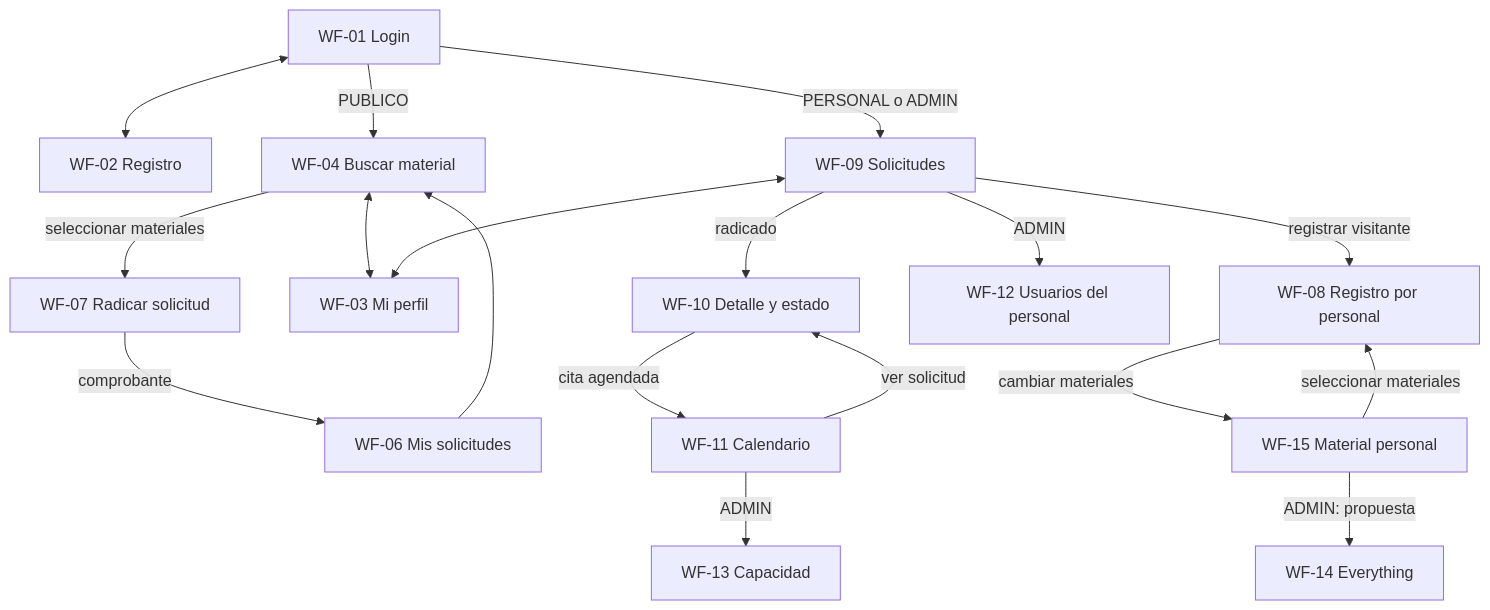
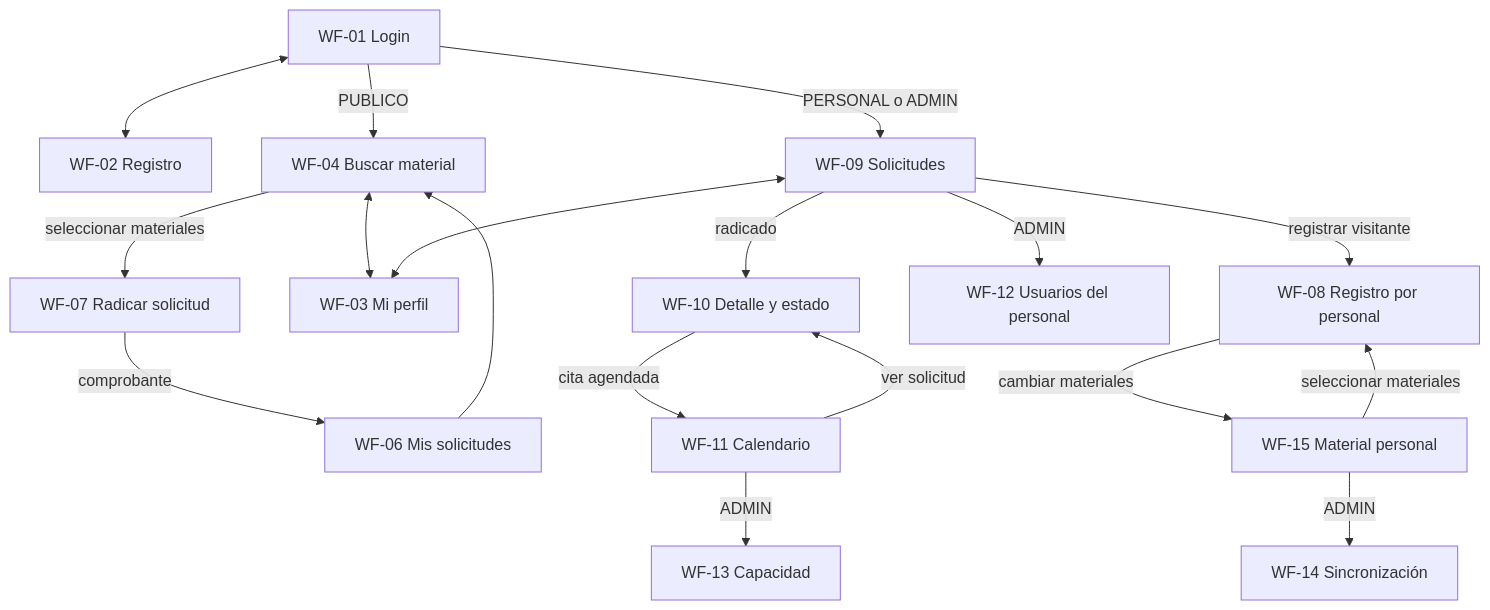
The diagram in docs/pantallas.md (bryanmg20/Trackhive), drawn with Mermaid before and after one commit. The commit also changed other lines of this file and 13 other files, not shown here.

````diff
--- a/docs/pantallas.md
+++ b/docs/pantallas.md
@@ -119,20 +119,20 @@
 ```mermaid
 flowchart TD
   Login[WF-01 Login] <--> Registro[WF-02 Registro]
   Login -->|PUBLICO| Busqueda[WF-04 Buscar material]
   Login -->|PERSONAL o ADMIN| Bandeja[WF-09 Solicitudes]
   Busqueda -->|seleccionar materiales| Radicar[WF-07 Radicar solicitud]
   Radicar -->|comprobante| Mis[WF-06 Mis solicitudes]
   Mis --> Busqueda
   Busqueda <--> Perfil[WF-03 Mi perfil]
   Bandeja <--> Perfil
   Bandeja -->|radicado| Detalle[WF-10 Detalle y estado]
   Detalle -->|cita agendada| Calendario[WF-11 Calendario]
   Calendario -->|ver solicitud| Detalle
   Bandeja -->|registrar visitante| Mostrador[WF-08 Registro por personal]
   Material[WF-15 Material personal] -->|seleccionar materiales| Mostrador
   Mostrador -->|cambiar materiales| Material
   Bandeja -->|ADMIN| Usuarios[WF-12 Usuarios del personal]
   Calendario -->|ADMIN| Sala[WF-13 Capacidad]
-  Material -->|ADMIN: propuesta| Everything[WF-14 Everything]
+  Material -->|ADMIN| Everything[WF-14 Sincronización]
 ```
````
